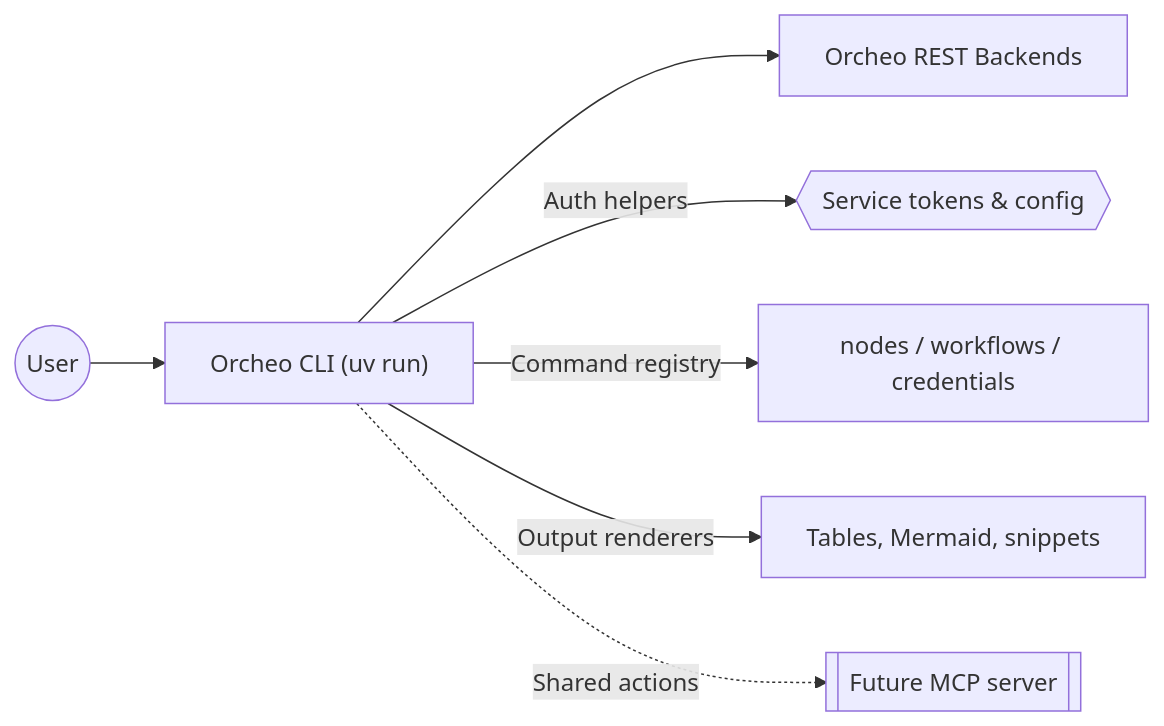
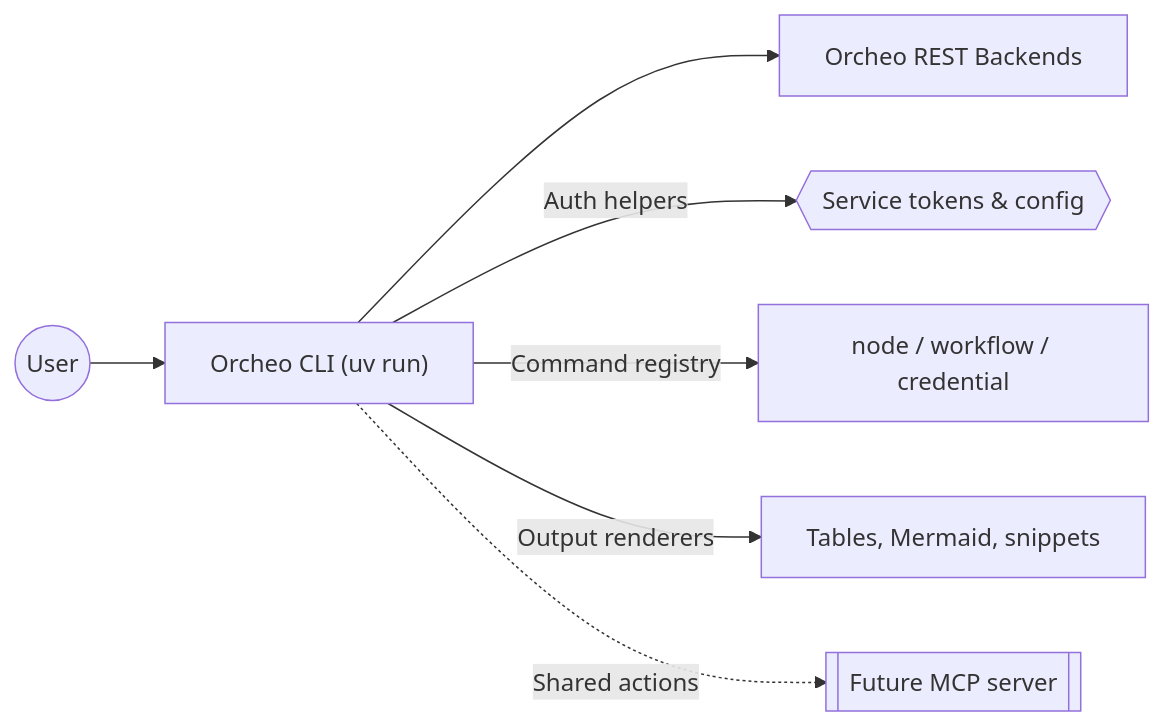
One commit to ShaojieJiang/orcheo changed the diagram in docs/cli_tool_design.md. Above: the diagram before and after it, drawn with Mermaid. The commit also changed other lines of this file, not shown here.

Commit message:
Use singular CLI subcommands in design doc

````diff
--- a/docs/cli_tool_design.md
+++ b/docs/cli_tool_design.md
@@ -66,8 +66,8 @@
 ```mermaid
 flowchart LR
     user((User)) --> cli["Orcheo CLI (uv run)"] --> api["Orcheo REST Backends"]
     cli -->|Auth helpers| auth{{"Service tokens & config"}}
-    cli -->|Command registry| cmds["nodes / workflows / credentials"]
+    cli -->|Command registry| cmds["node / workflow / credential"]
     cli -->|Output renderers| render["Tables, Mermaid, snippets"]
     cli -.->|Shared actions| mcp[["Future MCP server"]]
 ```
````
